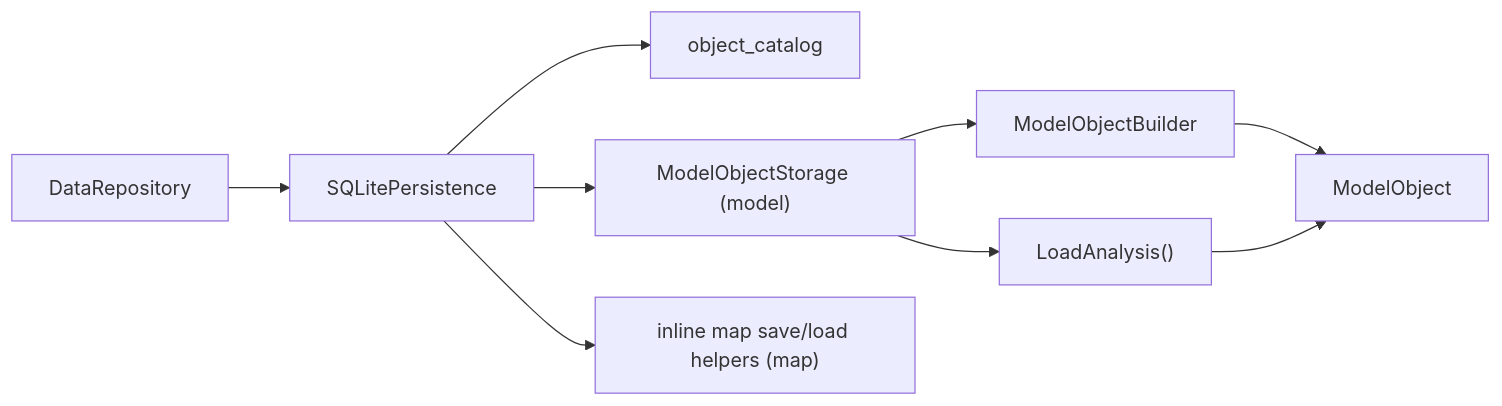
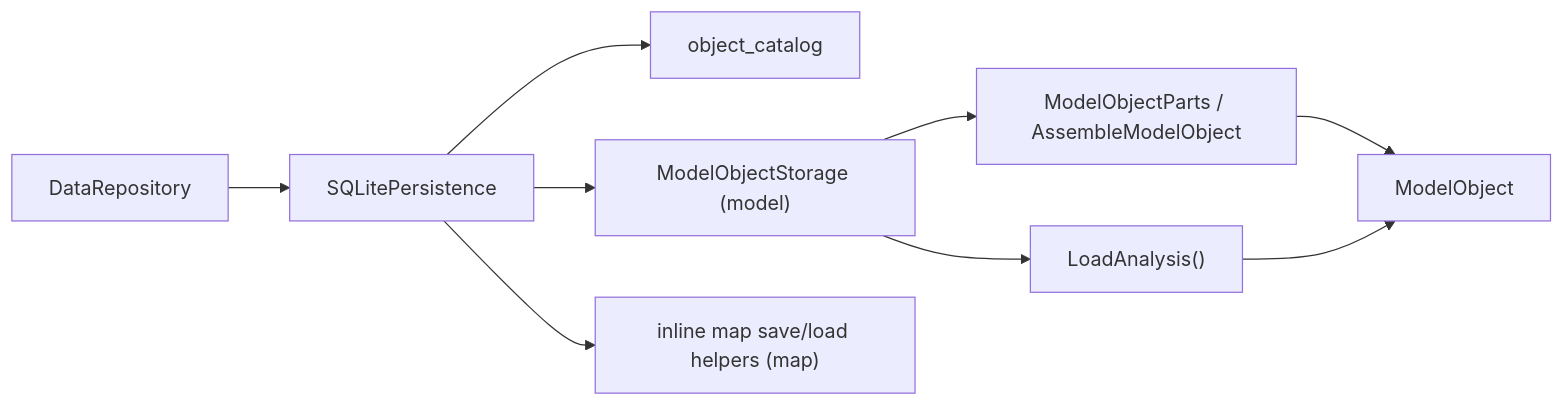
Before and after one commit to yslianTim/rhbm_gem: the second of 2 diagrams in docs/developer/architecture/object-architecture.md, drawn with Mermaid. The commit also changed other lines of this file and 4 other files, not shown here.

````diff
--- a/docs/developer/architecture/object-architecture.md
+++ b/docs/developer/architecture/object-architecture.md
@@ -308,11 +293,11 @@
 ```mermaid
 flowchart LR
     A["DataRepository"] --> B["SQLitePersistence"]
     B --> C["object_catalog"]
     B --> D["ModelObjectStorage (model)"]
     B --> E["inline map save/load helpers (map)"]
-    D --> F["ModelObjectBuilder"]
+    D --> F["ModelObjectParts / AssembleModelObject"]
     F --> G["ModelObject"]
     D --> H["LoadAnalysis()"]
     H --> G
 ```
````
